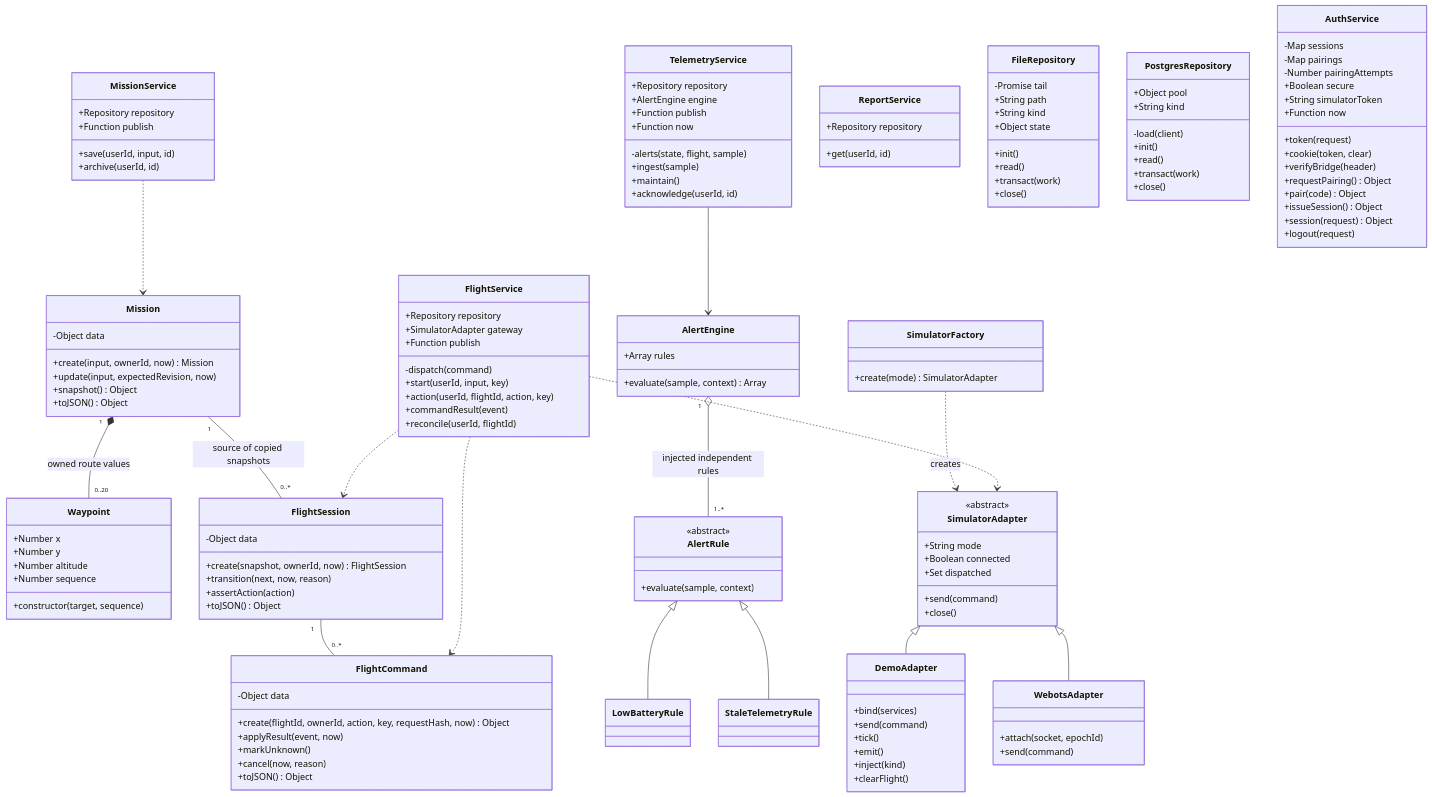
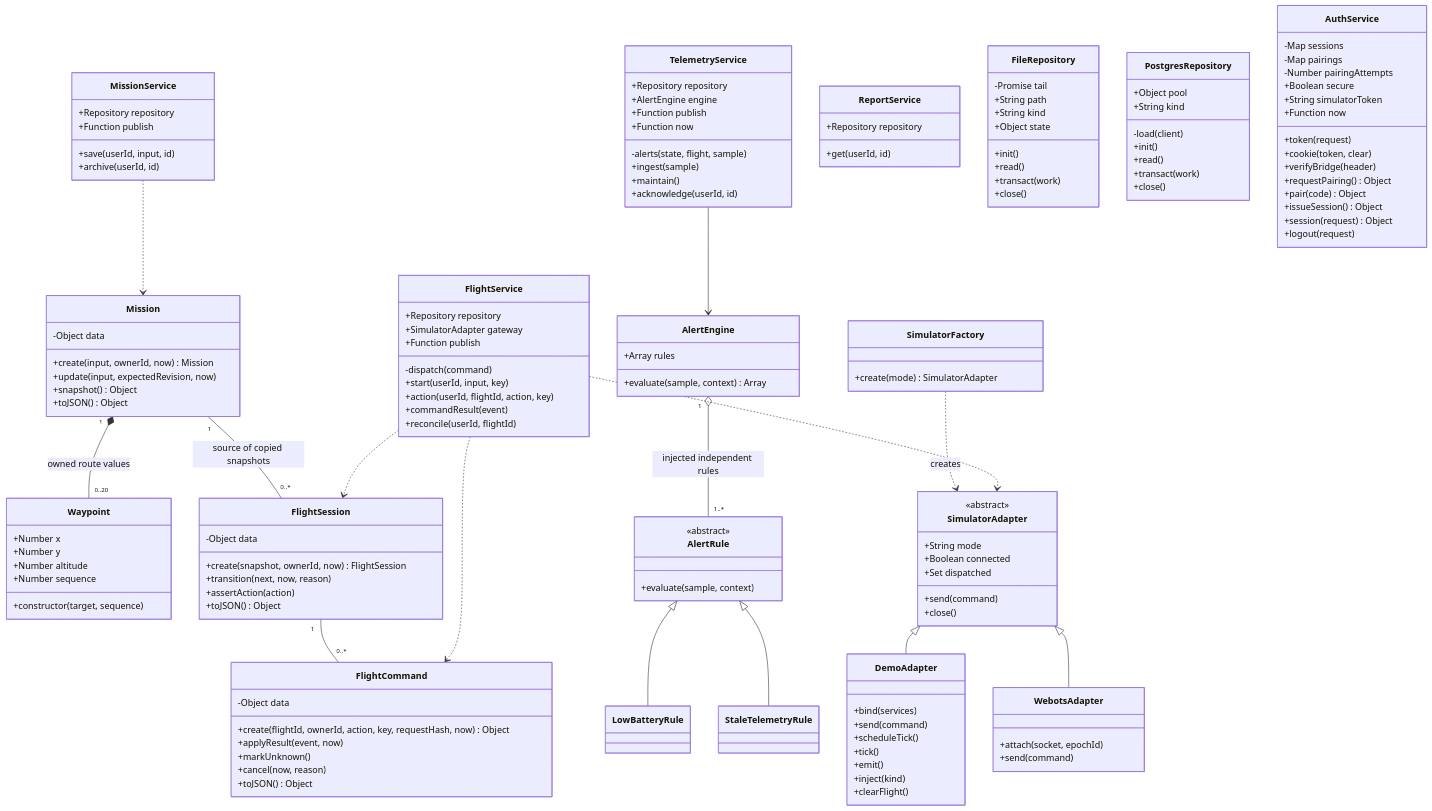
Before and after one commit to mk0904/bumblbee: the first of 4 diagrams in docs/IMPLEMENTATION.md, drawn with Mermaid. The commit also changed other lines of this file and 23 other files, not shown here.

```diff
--- a/docs/IMPLEMENTATION.md
+++ b/docs/IMPLEMENTATION.md
@@ -70,6 +70,7 @@
   class DemoAdapter {
     +bind(services)
     +send(command)
+    +scheduleTick()
     +tick()
     +emit()
     +inject(kind)
```
